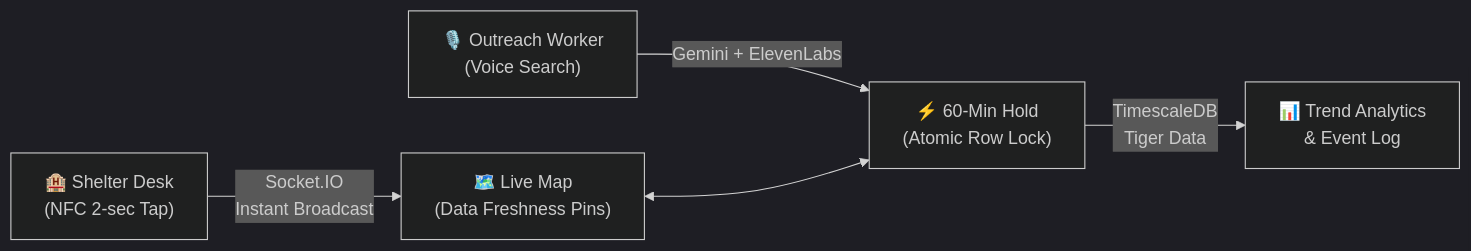
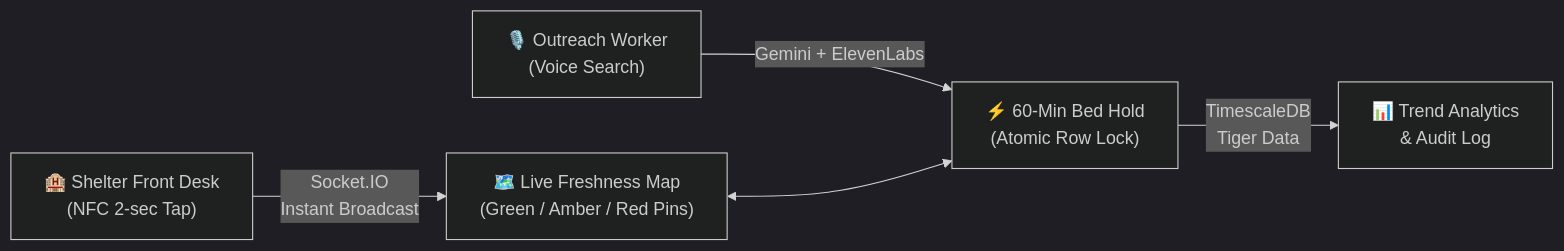
Before and after one commit to saman-37/LumiNestBC: the first of 2 diagrams in docs/pitch/pitch_deck.md, drawn with Mermaid (dark theme). The commit also changed other lines of this file and 6 other files, not shown here.

````diff
--- a/docs/pitch/pitch_deck.md
+++ b/docs/pitch/pitch_deck.md
@@ -8,7 +9,7 @@
 ```mermaid
 flowchart LR
-    A["🏨 Shelter Desk<br/>(NFC 2-sec Tap)"] -->|Socket.IO<br/>Instant Broadcast| B["🗺️ Live Map<br/>(Data Freshness Pins)"]
-    C["🎙️ Outreach Worker<br/>(Voice Search)"] -->|Gemini + ElevenLabs| D["⚡ 60-Min Hold<br/>(Atomic Row Lock)"]
+    A["🏨 Shelter Front Desk<br/>(NFC 2-sec Tap)"] -->|Socket.IO<br/>Instant Broadcast| B["🗺️ Live Freshness Map<br/>(Green / Amber / Red Pins)"]
+    C["🎙️ Outreach Worker<br/>(Voice Search)"] -->|Gemini + ElevenLabs| D["⚡ 60-Min Bed Hold<br/>(Atomic Row Lock)"]
     B <--> D
-    D -->|TimescaleDB<br/>Tiger Data| E["📊 Trend Analytics<br/>& Event Log"]
+    D -->|TimescaleDB<br/>Tiger Data| E["📊 Trend Analytics<br/>& Audit Log"]
 ```
````
